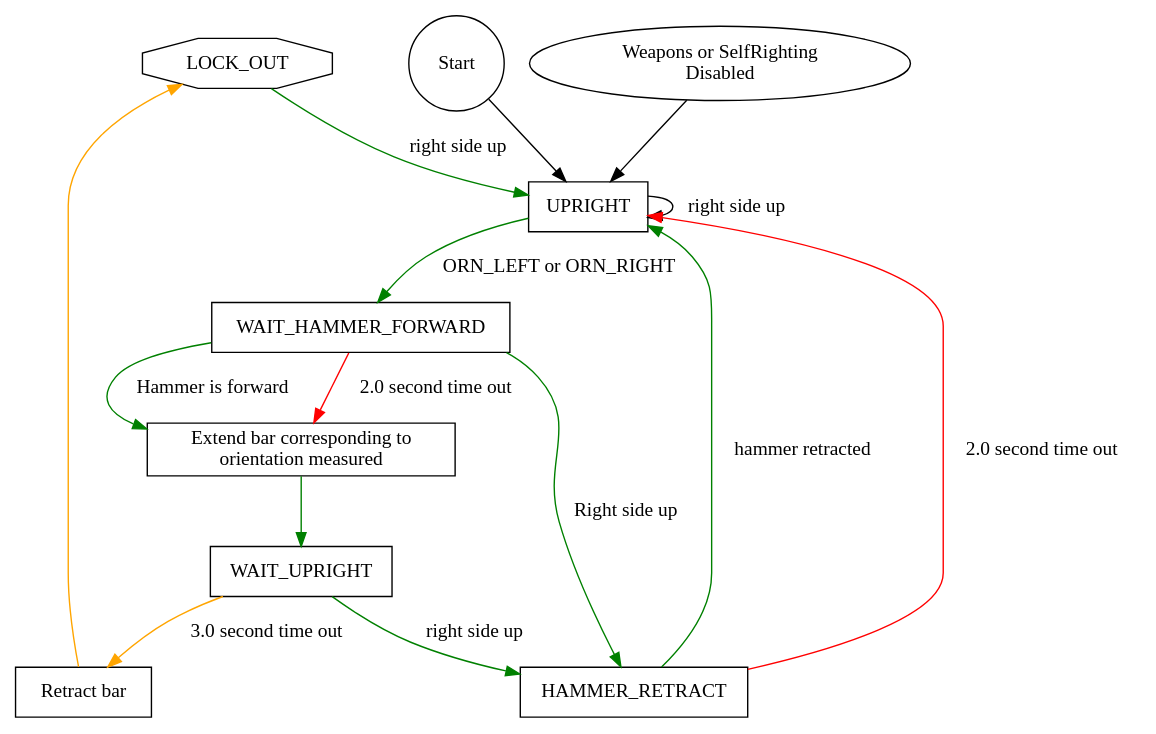
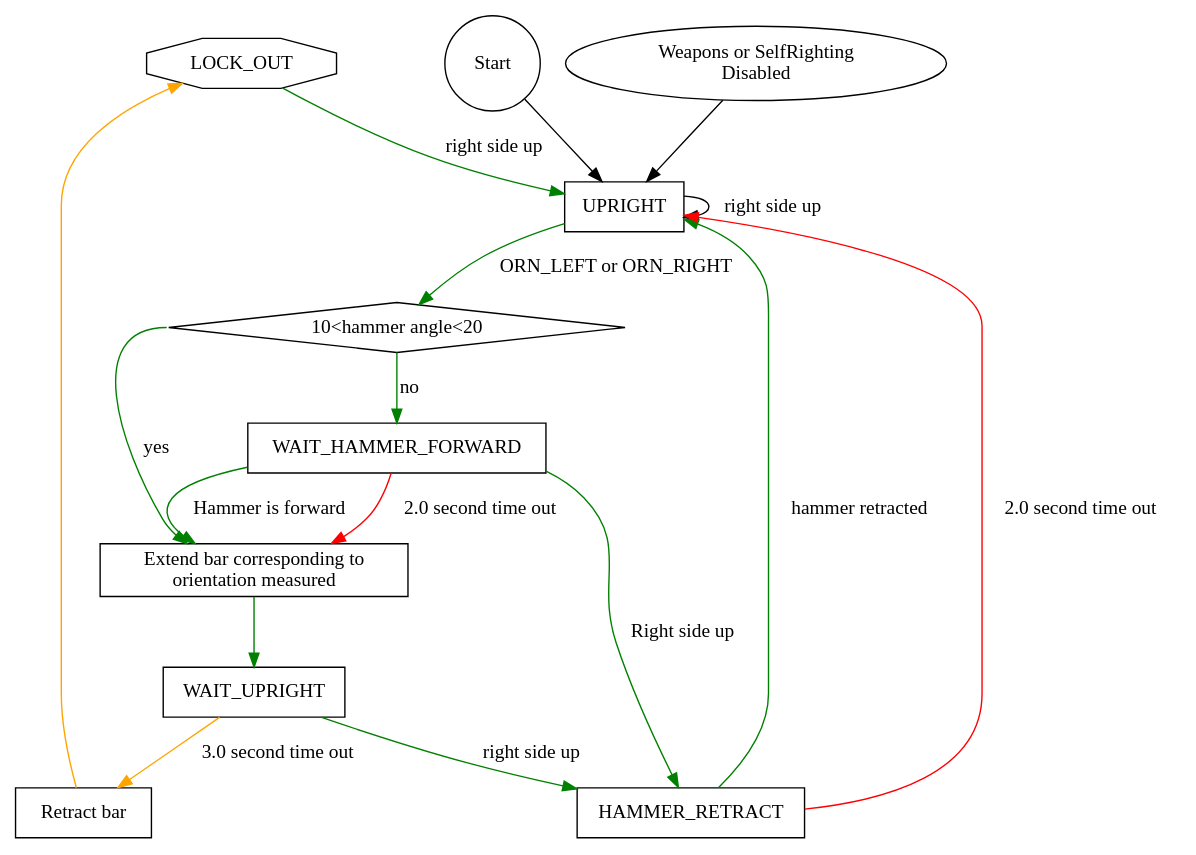
One commit to jaschalittle/Chomp changed the diagram in arduino/chomp/selfright.dot. Above: the diagram before and after it, drawn with Graphviz. The commit also changed 2 other files, not shown here.

Commit message:
Self right immendiately if hammer is back
There is a small rearward range where self-righting works, use it

```diff
--- a/arduino/chomp/selfright.dot
+++ b/arduino/chomp/selfright.dot
@@ -1,42 +1,47 @@
 digraph SelfRight {
 // UPRIGHT MOVE_HAMMER_FORWARD WAIT_STABLE SELF_RIGHT_LEFT
 // SELF_RIGHT_RIGHT WAIT_UPRIGHT HAMMER_RETRACT
 node [shape="box"];
 LOCK_OUT [shape="octagon"];
 
 Start [shape="circle"];
 Start -> UPRIGHT;
 
 Disable [shape="ellipse" label="Weapons or SelfRighting\nDisabled"]
 Disable -> UPRIGHT
 
-UPRIGHT -> WAIT_HAMMER_FORWARD [label="ORN_LEFT or ORN_RIGHT"
-                                color="green"];
+UPRIGHT -> CHECK_HAMMER_POSITION [label="ORN_LEFT or ORN_RIGHT"
+                                  color="green"];
 UPRIGHT -> UPRIGHT [label="right side up"];
+
+CHECK_HAMMER_POSITION [shape="diamond",
+                       label="10<hammer angle<20"];
+CHECK_HAMMER_POSITION:s -> WAIT_HAMMER_FORWARD [label="no", color="green"];
+CHECK_HAMMER_POSITION:w -> EXTEND [label="yes", color="green"];
 
 WAIT_HAMMER_FORWARD -> EXTEND [label="Hammer is forward"
                                      color="green"];
 WAIT_HAMMER_FORWARD -> EXTEND [label="2.0 second time out"
                                      color="red"];
 WAIT_HAMMER_FORWARD -> HAMMER_RETRACT [label="Right side up"
                                        color="green"]
 
 EXTEND -> WAIT_UPRIGHT [color="green"];
 EXTEND [label="Extend bar corresponding to\norientation measured"];
 
 WAIT_UPRIGHT -> HAMMER_RETRACT [label="right side up"
                                 color="green"];
 WAIT_UPRIGHT -> GIVE_UP [label="3.0 second time out"
                           color="orange"];
 
 GIVE_UP [label="Retract bar"];
 GIVE_UP -> LOCK_OUT [color="orange"];
 
 HAMMER_RETRACT -> UPRIGHT [label="hammer retracted"
                            color="green"];
 HAMMER_RETRACT -> UPRIGHT [label="2.0 second time out"
                            color="red"];
 
 LOCK_OUT -> UPRIGHT [label="right side up"
                      color="green"];
 }
```
